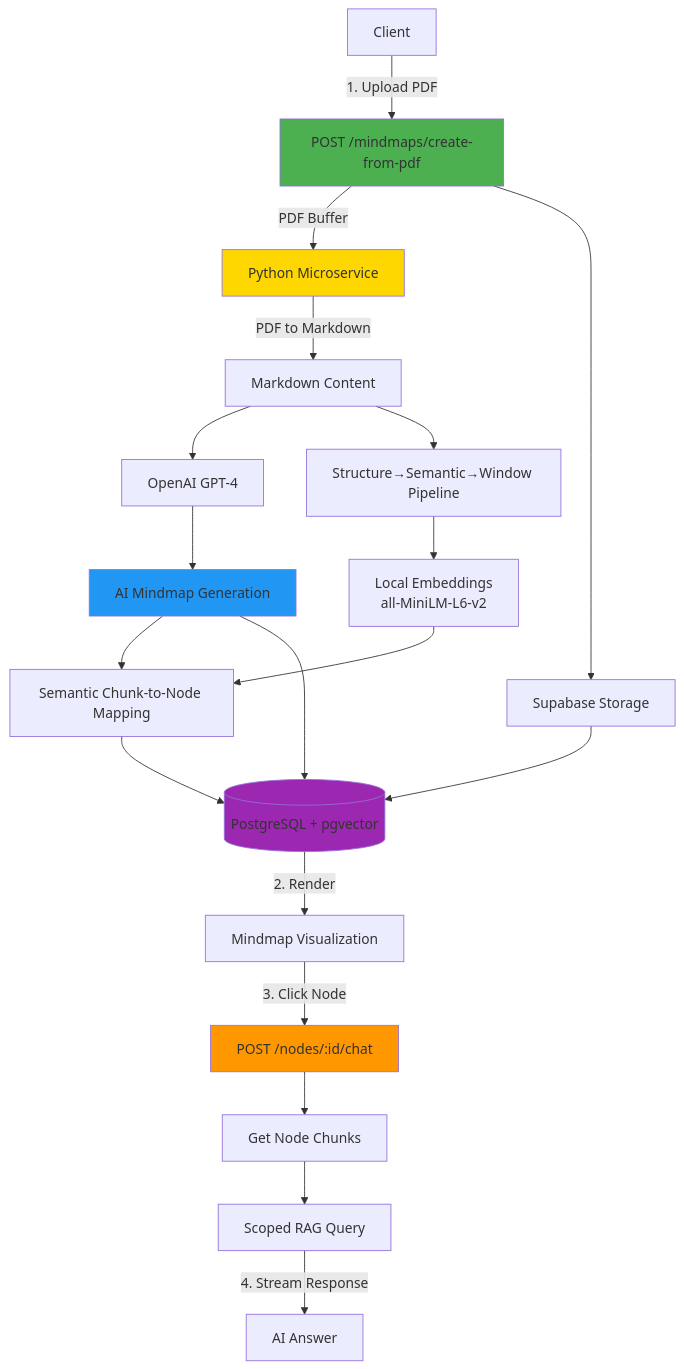
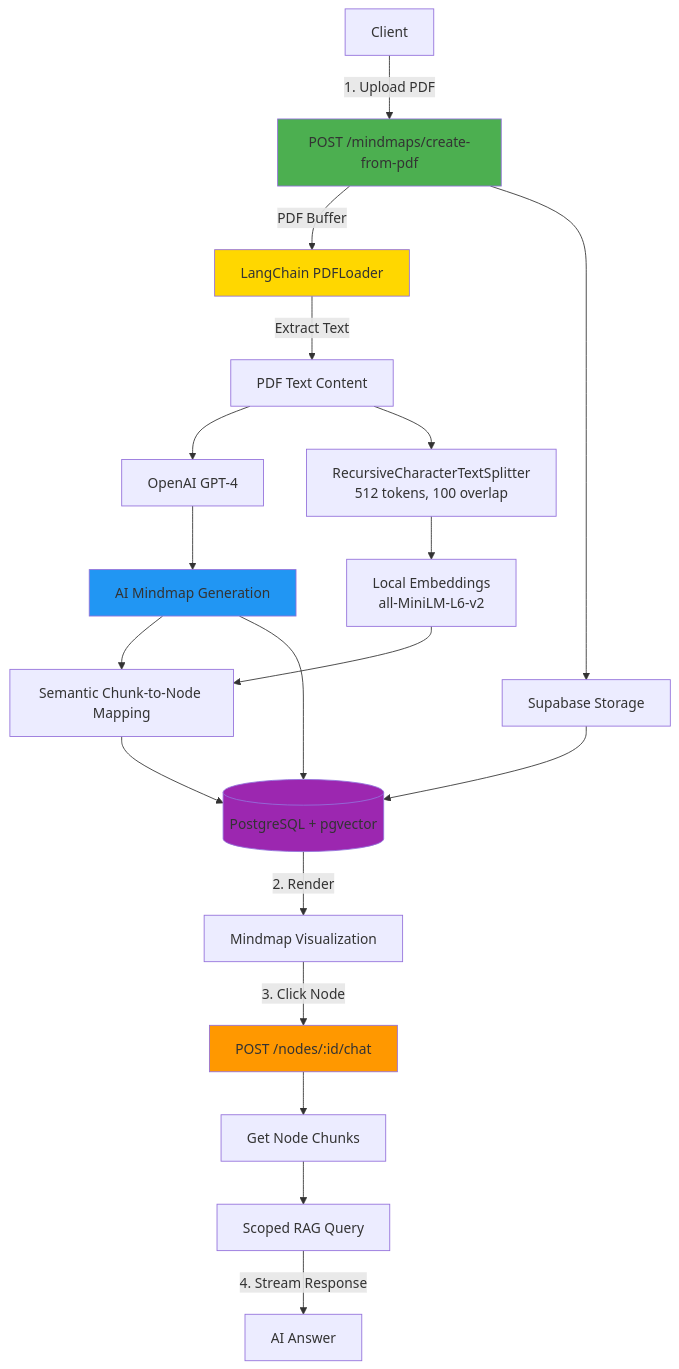
The diagram in README.md (nmnguyen130/mindmap-backend), drawn with Mermaid before and after one commit. The commit also changed other lines of this file and 20 other files, not shown here.

````diff
--- a/README.md
+++ b/README.md
@@ -7,33 +7,33 @@
 ```mermaid
 flowchart TB
     User[Client] -->|1. Upload PDF| API[POST /mindmaps/create-from-pdf]
     
-    API -->|PDF Buffer| Python[Python Microservice]
-    Python -->|PDF to Markdown| Parse[Markdown Content]
+    API -->|PDF Buffer| PDFLoader[LangChain PDFLoader]
+    PDFLoader -->|Extract Text| Parse[PDF Text Content]
     API --> Store[Supabase Storage]
     
     Parse --> LLM[OpenAI GPT-4]
     LLM --> Mindmap[AI Mindmap Generation]
     
-    Parse --> Chunk[Structure→Semantic→Window Pipeline]
+    Parse --> Chunk[RecursiveCharacterTextSplitter<br/>512 tokens, 100 overlap]
     Chunk --> Embed[Local Embeddings<br/>all-MiniLM-L6-v2]
     
     Mindmap --> Map[Semantic Chunk-to-Node Mapping]
     Embed --> Map
     
     Map --> DB[(PostgreSQL + pgvector)]
     Store --> DB
     Mindmap --> DB
     
     DB -->|2. Render| Frontend[Mindmap Visualization]
     Frontend -->|3. Click Node| NodeAPI[POST /nodes/:id/chat]
     NodeAPI --> Retrieve[Get Node Chunks]
     Retrieve --> RAG[Scoped RAG Query]
     RAG -->|4. Stream Response| Answer[AI Answer]
     
-    style Python fill:#FFD700
+    style PDFLoader fill:#FFD700
     style API fill:#4CAF50
     style Mindmap fill:#2196F3
     style NodeAPI fill:#FF9800
     style DB fill:#9C27B0
 ```
````
